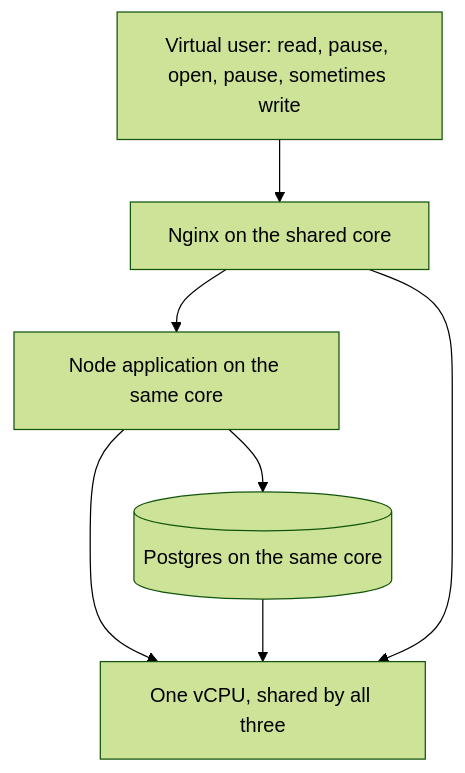
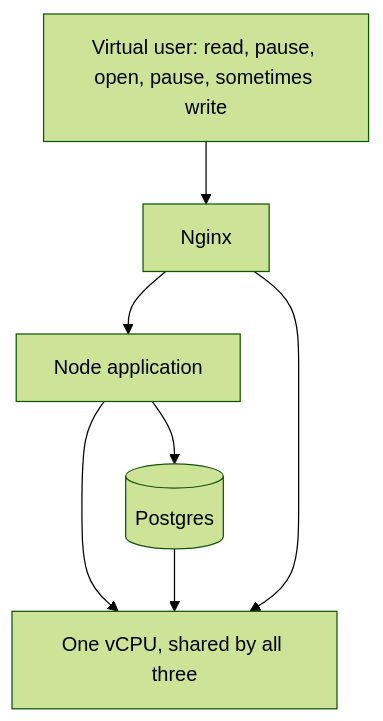
The diagram in curriculum/04-scale-and-evolution/02-performance-cost/one-box-ceiling.md (Soulful-Iris/junior-to-staff), drawn with Mermaid (forest theme) before and after one commit. The commit also changed other lines of this file and 1 other file, not shown here.

````diff
--- a/curriculum/04-scale-and-evolution/02-performance-cost/one-box-ceiling.md
+++ b/curriculum/04-scale-and-evolution/02-performance-cost/one-box-ceiling.md
@@ -48,9 +25,9 @@
 ```mermaid
 flowchart TD
-  VU["Virtual user: read, pause, open, pause, sometimes write"] --> Nginx["Nginx on the shared core"]
-  Nginx --> Node["Node application on the same core"]
-  Node --> PG[("Postgres on the same core")]
+  VU["Virtual user: read, pause, open, pause, sometimes write"] --> Nginx["Nginx"]
+  Nginx --> Node["Node application"]
+  Node --> PG[("Postgres")]
   Node --> CPU["One vCPU, shared by all three"]
   PG --> CPU
   Nginx --> CPU
 ```
````
